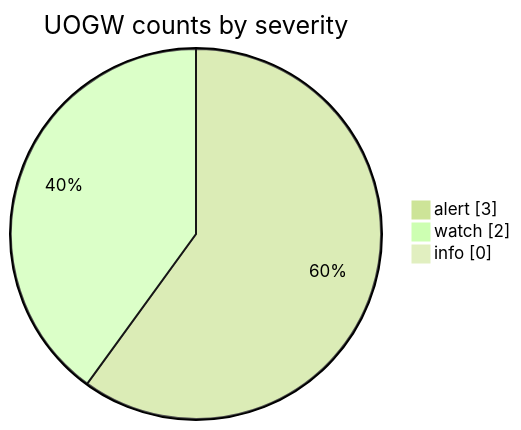
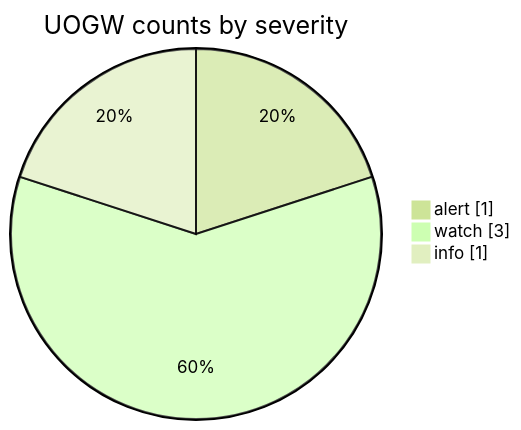
One commit to Midwest-Stratospheric/aerostratospheric-defense-gir changed the fourth of 6 diagrams in docs/GRAPHS.md. Above: the diagram before and after it, drawn with Mermaid (forest theme). The commit also changed other lines of this file and 25 other files, not shown here.

````diff
--- a/docs/GRAPHS.md
+++ b/docs/GRAPHS.md
@@ -66,7 +66,7 @@
 ```mermaid
 pie showData
   title UOGW counts by severity
-  "alert" : 3
-  "watch" : 2
-  "info" : 0
+  "alert" : 1
+  "watch" : 3
+  "info" : 1
 ```
````
